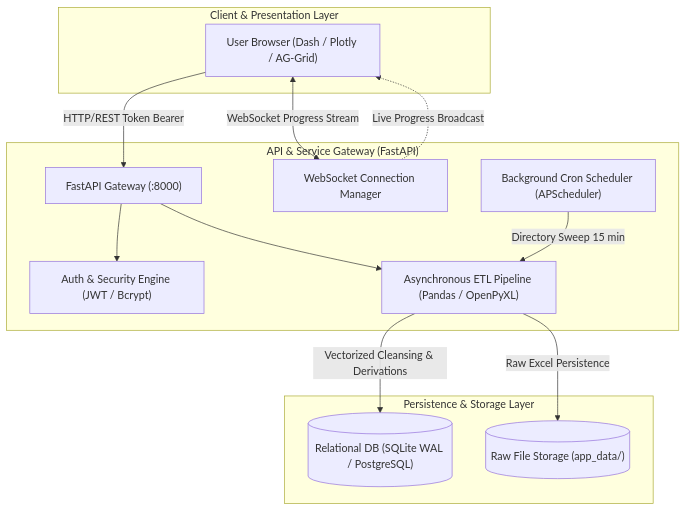
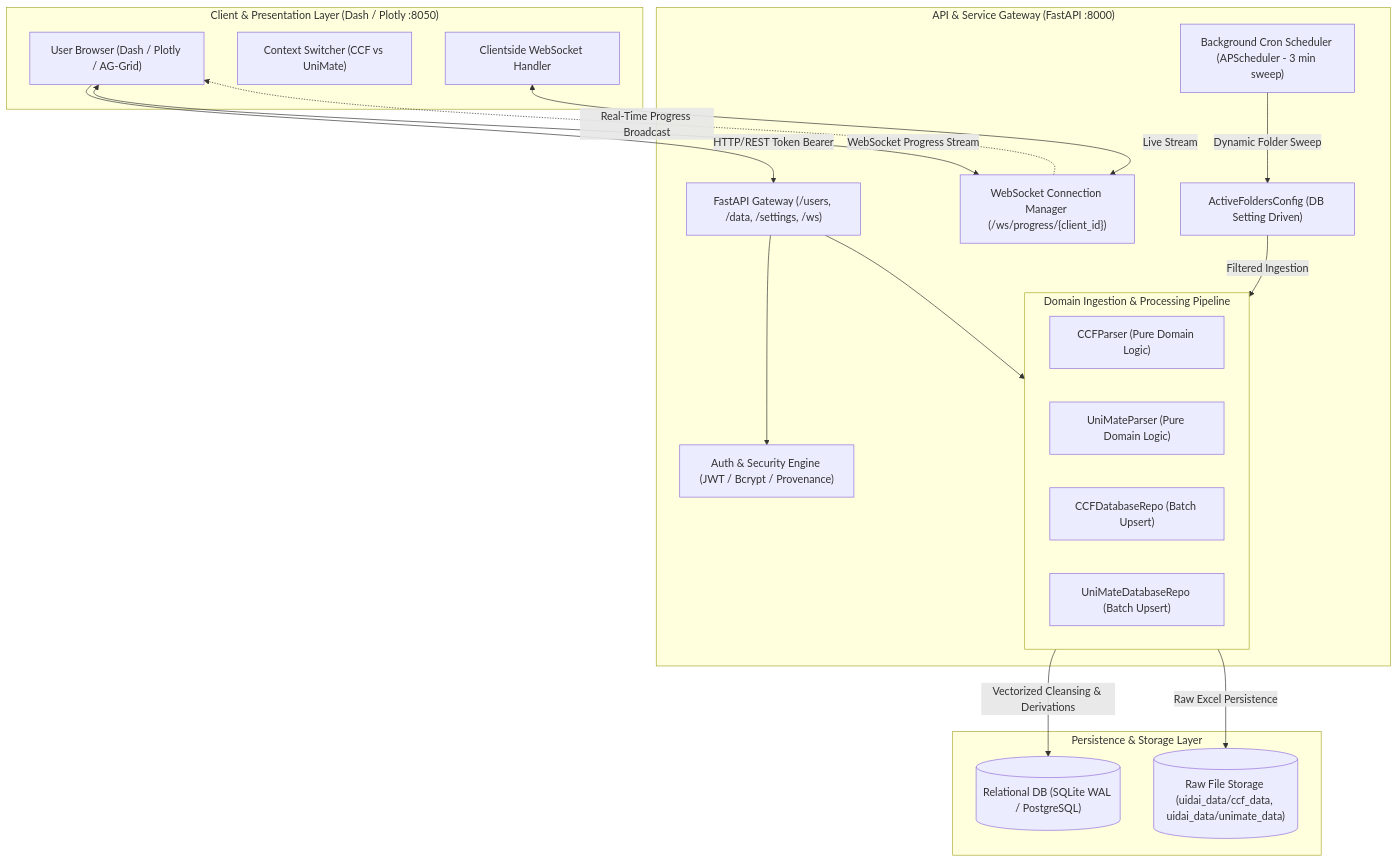
One commit to IDKHowToCodeFR/uidai-dashboard changed the first of 7 diagrams in ARCHITECTURE.md. Above: the diagram before and after it, drawn with Mermaid. The commit also changed other lines of this file and 7 other files, not shown here.

````diff
--- a/ARCHITECTURE.md
+++ b/ARCHITECTURE.md
@@ -16,28 +17,40 @@
 ```mermaid
 graph TB
-    subgraph ClientLayer ["Client & Presentation Layer"]
+    subgraph ClientLayer ["Client & Presentation Layer (Dash / Plotly :8050)"]
         Browser["User Browser (Dash / Plotly / AG-Grid)"]
+        ContextSwitch["Context Switcher (CCF vs UniMate)"]
+        WSClient["Clientside WebSocket Handler"]
     end
 
-    subgraph APILayer ["API & Service Gateway (FastAPI)"]
-        Router["FastAPI Gateway (:8000)"]
-        AuthModule["Auth & Security Engine (JWT / Bcrypt)"]
-        WSManager["WebSocket Connection Manager"]
-        ETLEngine["Asynchronous ETL Pipeline (Pandas / OpenPyXL)"]
-        CronEngine["Background Cron Scheduler (APScheduler)"]
+    subgraph APILayer ["API & Service Gateway (FastAPI :8000)"]
+        Router["FastAPI Gateway (/users, /data, /settings, /ws)"]
+        AuthModule["Auth & Security Engine (JWT / Bcrypt / Provenance)"]
+        WSManager["WebSocket Connection Manager (/ws/progress/{client_id})"]
+        
+        subgraph IngestionPipeline ["Domain Ingestion & Processing Pipeline"]
+            CCFParserEngine["CCFParser (Pure Domain Logic)"]
+            UniMateParserEngine["UniMateParser (Pure Domain Logic)"]
+            CCFRepo["CCFDatabaseRepo (Batch Upsert)"]
+            UniMateRepo["UniMateDatabaseRepo (Batch Upsert)"]
+        end
+        
+        CronEngine["Background Cron Scheduler (APScheduler - 3 min sweep)"]
+        ActiveConfig["ActiveFoldersConfig (DB Setting Driven)"]
     end
 
     subgraph StorageLayer ["Persistence & Storage Layer"]
-        SQLiteDB[("Relational DB (SQLite WAL / PostgreSQL)")]
-        FileStore[("Raw File Storage (app_data/)")]
+        RelationalDB[("Relational DB (SQLite WAL / PostgreSQL)")]
+        FileStore[("Raw File Storage (uidai_data/ccf_data, uidai_data/unimate_data)")]
     end
 
     Browser -->|HTTP/REST Token Bearer| Router
     Browser <-->|WebSocket Progress Stream| WSManager
+    WSClient <-->|Live Stream| WSManager
     Router --> AuthModule
-    Router --> ETLEngine
-    WSManager -.->|Live Progress Broadcast| Browser
-    ETLEngine -->|Vectorized Cleansing & Derivations| SQLiteDB
-    ETLEngine -->|Raw Excel Persistence| FileStore
-    CronEngine -->|Directory Sweep 15 min| ETLEngine
+    Router --> IngestionPipeline
+    WSManager -.->|Real-Time Progress Broadcast| Browser
+    IngestionPipeline -->|Vectorized Cleansing & Derivations| RelationalDB
+    IngestionPipeline -->|Raw Excel Persistence| FileStore
+    CronEngine -->|Dynamic Folder Sweep| ActiveConfig
+    ActiveConfig -->|Filtered Ingestion| IngestionPipeline
 ```
````
